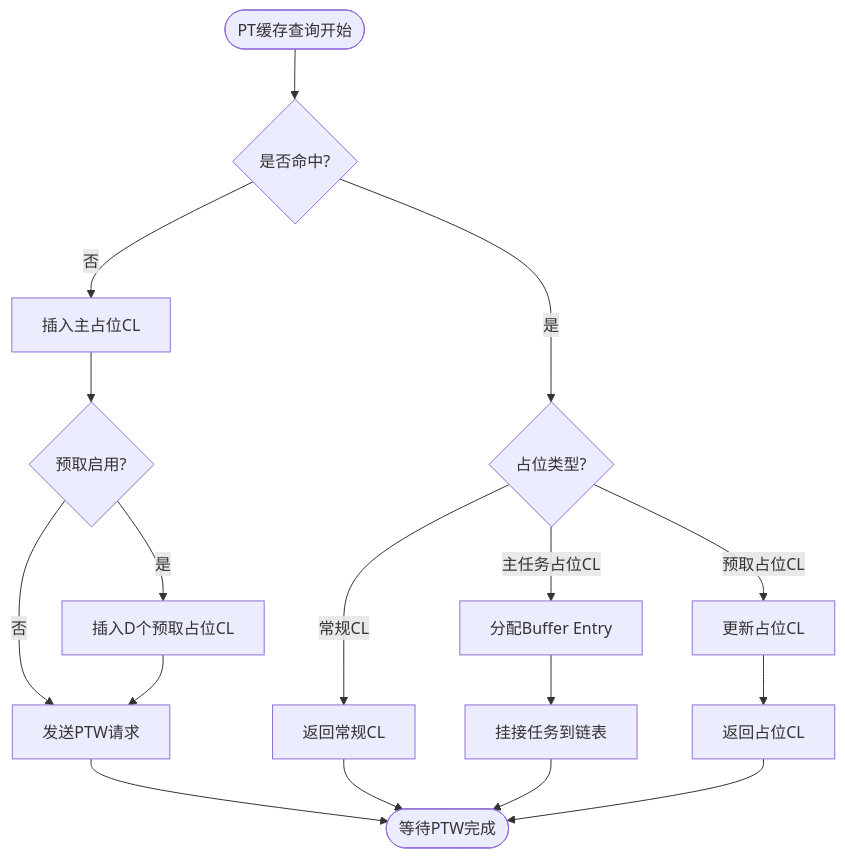
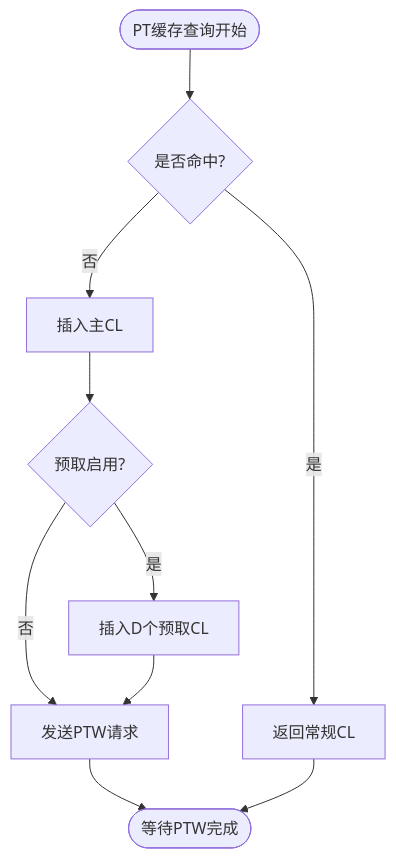
The eighth of 12 diagrams in .qoder/repowiki/zh/content/缓存系统/PT缓存（页表缓存）.md (jiangjiang1122/iommu_model_20260401_v1), drawn with Mermaid before and after one commit. The commit also changed other lines of this file and 186 other files, not shown here.

````diff
--- a/.qoder/repowiki/zh/content/缓存系统/PT缓存（页表缓存）.md
+++ b/.qoder/repowiki/zh/content/缓存系统/PT缓存（页表缓存）.md
@@ -225,19 +373,12 @@
 ```mermaid
 flowchart TD
 Start([PT缓存查询开始]) --> CheckHit{"是否命中?"}
-CheckHit --> |是| CheckType{"占位类型?"}
-CheckHit --> |否| InsertMainPH["插入主占位CL"]
-InsertMainPH --> CheckPrefetch{"预取启用?"}
-CheckPrefetch --> |是| InsertPrefetchPH["插入D个预取占位CL"]
+CheckHit --> |是| ReturnRegular["返回常规CL"]
+CheckHit --> |否| InsertMainCL["插入主CL"]
+InsertMainCL --> CheckPrefetch{"预取启用?"}
+CheckPrefetch --> |是| InsertPrefetchCL["插入D个预取CL"]
 CheckPrefetch --> |否| SendPTW["发送PTW请求"]
-InsertPrefetchPH --> SendPTW
+InsertPrefetchCL --> SendPTW
 SendPTW --> End([等待PTW完成])
-CheckType --> |常规CL| ReturnRegular["返回常规CL"]
-CheckType --> |主任务占位CL| AllocateEntry["分配Buffer Entry"]
-CheckType --> |预取占位CL| UpdatePlaceholder["更新占位CL"]
-AllocateEntry --> HangTask["挂接任务到链表"]
-UpdatePlaceholder --> ReturnPlaceholder["返回占位CL"]
 ReturnRegular --> End
-HangTask --> End
-ReturnPlaceholder --> End
 ```
````
